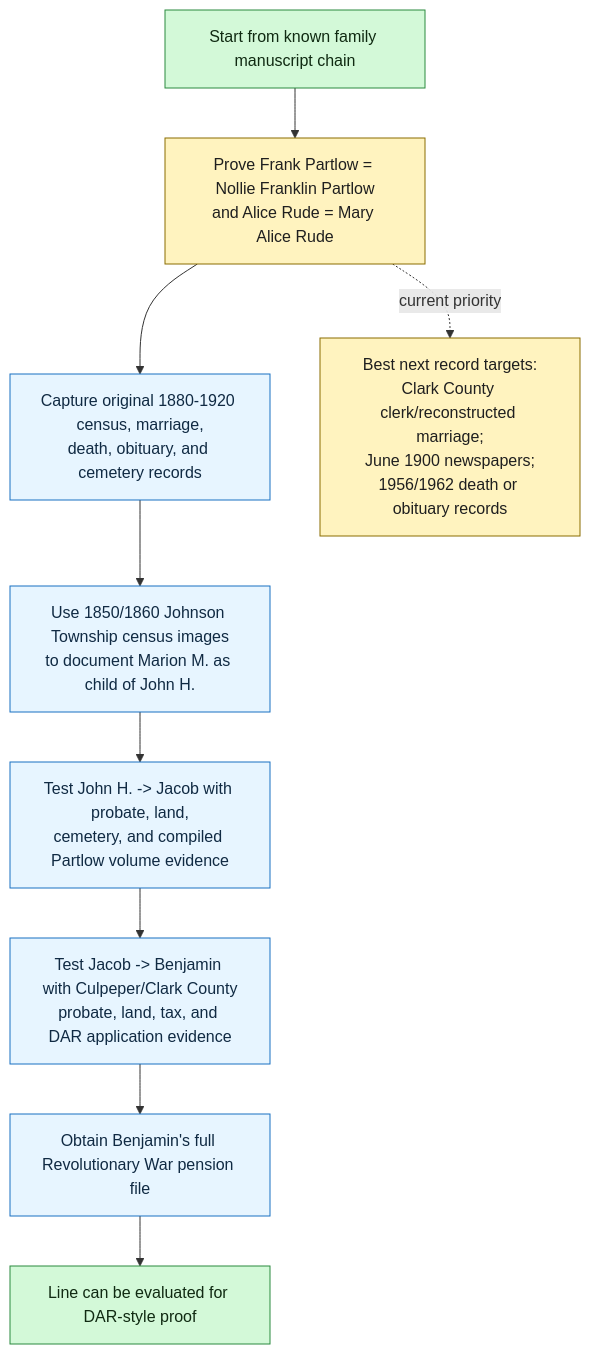
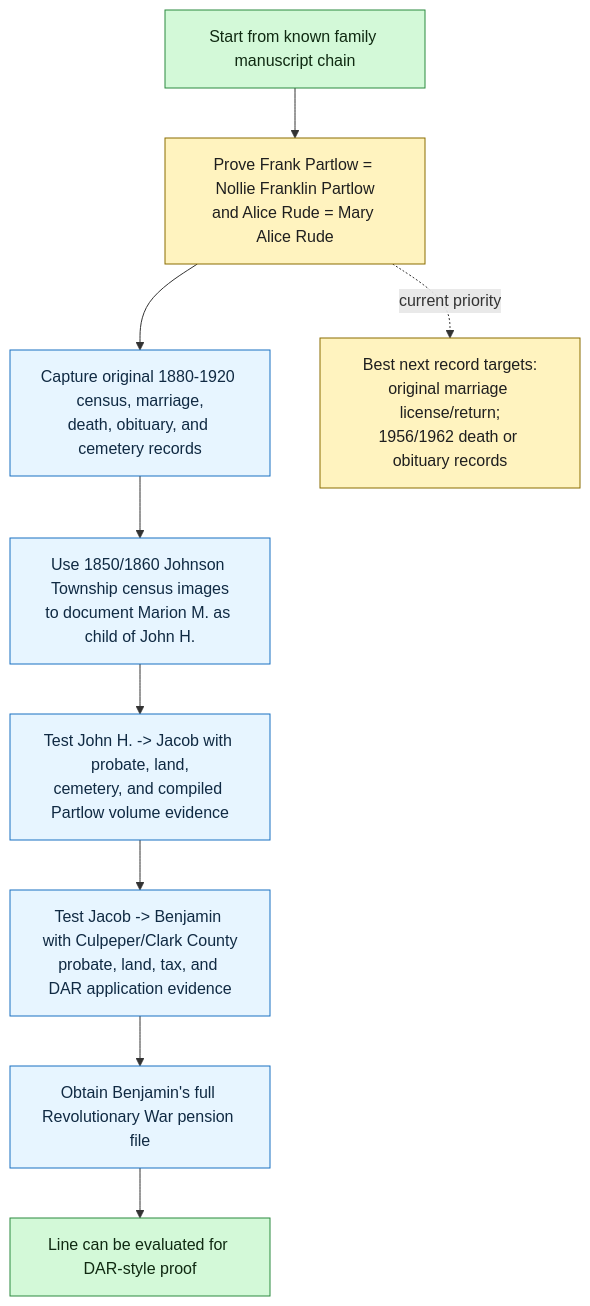
The second of 2 diagrams in RQ-P1-PARTLOW-REVOLUTIONARY-LINE.md (zcopley/copley-family-research), drawn with Mermaid before and after one commit. The commit also changed other lines of this file and 14 other files, not shown here.

Commit message:
Integrate Partlow Rude marriage license notice

````diff
--- a/RQ-P1-PARTLOW-REVOLUTIONARY-LINE.md
+++ b/RQ-P1-PARTLOW-REVOLUTIONARY-LINE.md
@@ -210,22 +225,22 @@
 ```mermaid
 flowchart TD
     A["Start from known family manuscript chain"]
     B["Prove Frank Partlow = Nollie Franklin Partlow<br/>and Alice Rude = Mary Alice Rude"]
     C["Capture original 1880-1920 census, marriage,<br/>death, obituary, and cemetery records"]
     D["Use 1850/1860 Johnson Township census images<br/>to document Marion M. as child of John H."]
     E["Test John H. -> Jacob with probate, land,<br/>cemetery, and compiled Partlow volume evidence"]
     F["Test Jacob -> Benjamin with Culpeper/Clark County<br/>probate, land, tax, and DAR application evidence"]
     G["Obtain Benjamin's full Revolutionary War pension file"]
     H["Line can be evaluated for DAR-style proof"]
 
     A --> B --> C --> D --> E --> F --> G --> H
-    B -. "current priority" .-> P["Best next record targets:<br/>Clark County clerk/reconstructed marriage;<br/>June 1900 newspapers;<br/>1956/1962 death or obituary records"]
+    B -. "current priority" .-> P["Best next record targets:<br/>original marriage license/return;<br/>1956/1962 death or obituary records"]
 
     class A,H goal
     class B,P priority
     class C,D,E,F,G action
 
     classDef goal fill:#d3f9d8,stroke:#2b8a3e,color:#102a12;
     classDef priority fill:#fff3bf,stroke:#8a6d00,color:#1f1f1f;
     classDef action fill:#e7f5ff,stroke:#1971c2,color:#102a43;
 ```
````
